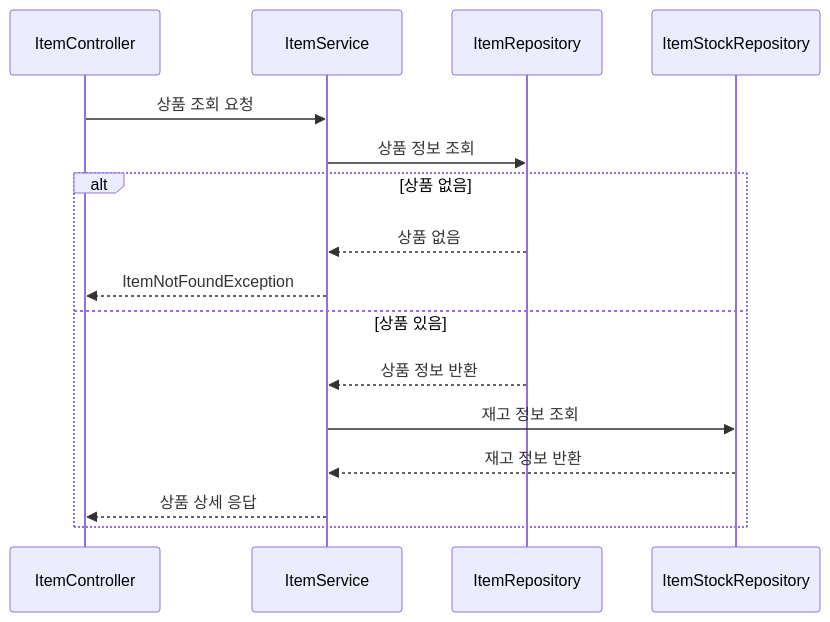
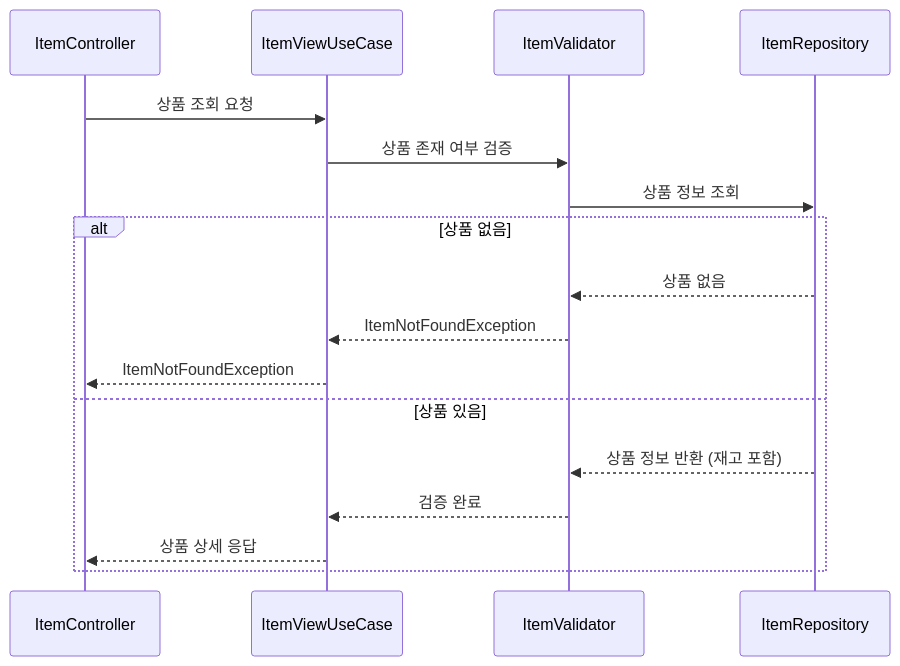
The second of 9 diagrams in README.md (hwangdaesun/e-commerce), drawn with Mermaid before and after one commit. The commit also changed other lines of this file, not shown here.

Commit message:
docs : 주문하기 시퀀스 다이어그램 수정

````diff
--- a/README.md
+++ b/README.md
@@ -31,19 +31,20 @@
 ```mermaid
 sequenceDiagram
       participant Controller as ItemController
-      participant Service as ItemService
-      participant ItemRepo as ItemRepository
-      participant StockRepo as ItemStockRepository
+      participant UseCase as ItemViewUseCase
+      participant Validator as ItemValidator
+      participant Repository as ItemRepository
 
-      Controller->>Service: 상품 조회 요청
-      Service->>ItemRepo: 상품 정보 조회
+      Controller->>UseCase: 상품 조회 요청
+      UseCase->>Validator: 상품 존재 여부 검증
+      Validator->>Repository: 상품 정보 조회
       alt 상품 없음
-          ItemRepo-->>Service: 상품 없음
-          Service-->>Controller: ItemNotFoundException
+          Repository-->>Validator: 상품 없음
+          Validator-->>UseCase: ItemNotFoundException
+          UseCase-->>Controller: ItemNotFoundException
       else 상품 있음
-          ItemRepo-->>Service: 상품 정보 반환
-          Service->>StockRepo: 재고 정보 조회
-          StockRepo-->>Service: 재고 정보 반환
-          Service-->>Controller: 상품 상세 응답
+          Repository-->>Validator: 상품 정보 반환 (재고 포함)
+          Validator-->>UseCase: 검증 완료
+          UseCase-->>Controller: 상품 상세 응답
       end
 ```
````
